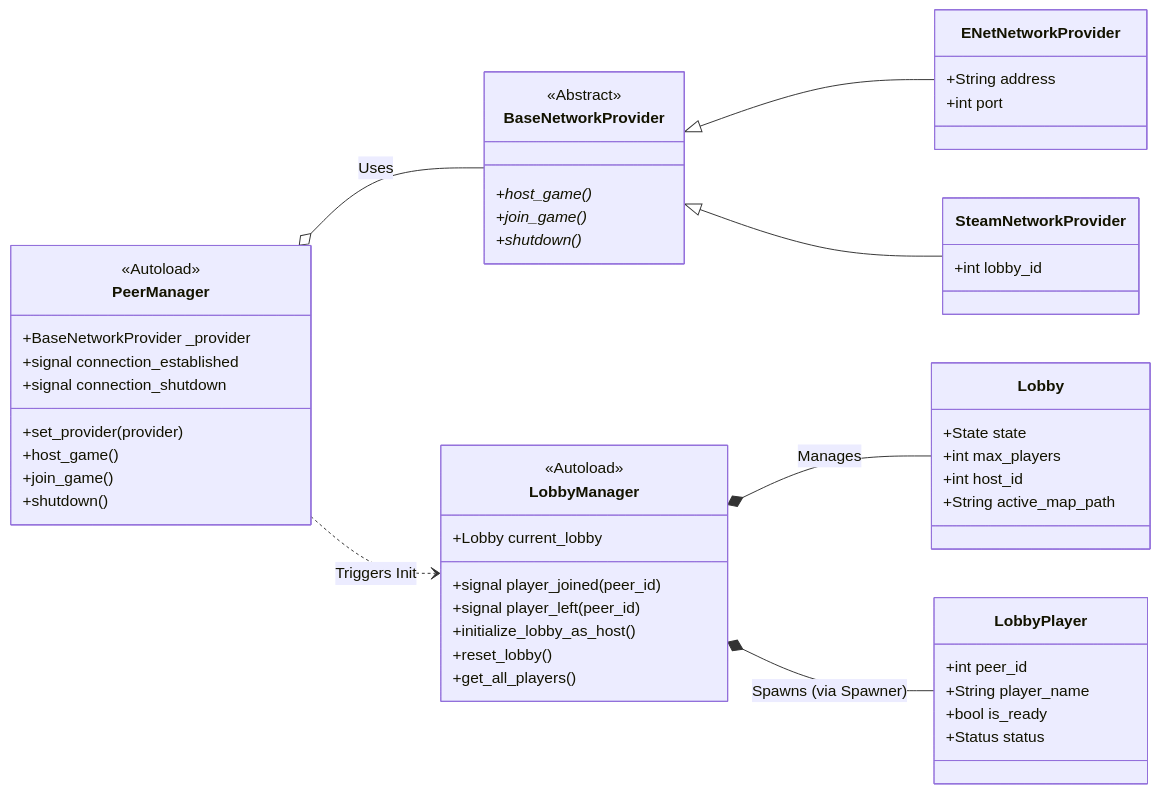
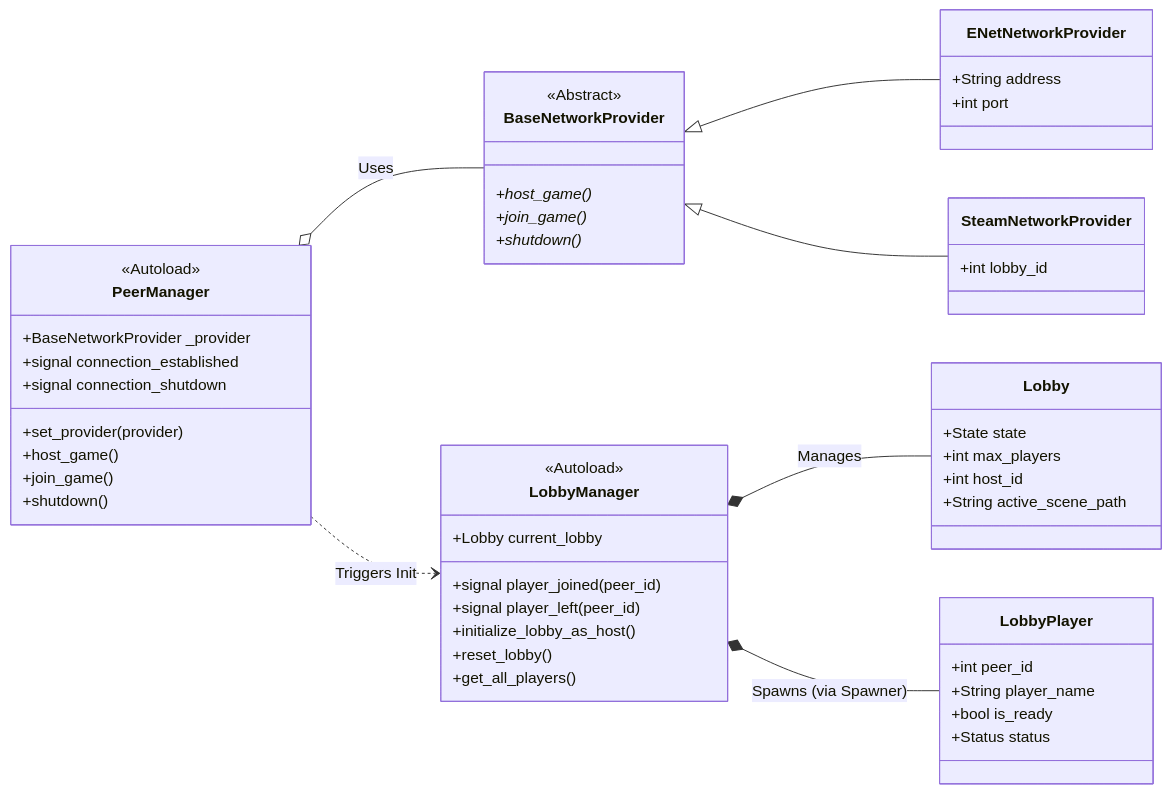
The first of 3 diagrams in scripts/multiplayer/README.md (RGonzalezTech/Friendslop-Template), drawn with Mermaid before and after one commit. The commit also changed other lines of this file and 5 other files, not shown here.

Commit message:
Rename active_map -> active_scene

````diff
--- a/scripts/multiplayer/README.md
+++ b/scripts/multiplayer/README.md
@@ -7,55 +7,55 @@
 ```mermaid
 classDiagram
     direction LR
     class PeerManager {
         <<Autoload>>
         +BaseNetworkProvider _provider
         +signal connection_established
         +signal connection_shutdown
         +set_provider(provider)
         +host_game()
         +join_game()
         +shutdown()
     }
     class BaseNetworkProvider {
         <<Abstract>>
         +host_game()*
         +join_game()*
         +shutdown()*
     }
     class ENetNetworkProvider {
         +String address
         +int port
     }
     class SteamNetworkProvider {
         +int lobby_id
     }
     class LobbyManager {
         <<Autoload>>
         +Lobby current_lobby
         +signal player_joined(peer_id)
         +signal player_left(peer_id)
         +initialize_lobby_as_host()
         +reset_lobby()
         +get_all_players()
     }
     class Lobby {
         +State state
         +int max_players
         +int host_id
-        +String active_map_path
+        +String active_scene_path
     }
     class LobbyPlayer {
         +int peer_id
         +String player_name
         +bool is_ready
         +Status status
     }
 
     PeerManager o-- BaseNetworkProvider : Uses
     BaseNetworkProvider <|-- ENetNetworkProvider
     BaseNetworkProvider <|-- SteamNetworkProvider
     PeerManager ..> LobbyManager : Triggers Init
     LobbyManager *-- Lobby : Manages
     LobbyManager *-- LobbyPlayer : Spawns (via Spawner)
 ```
````
